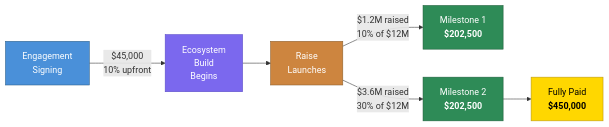
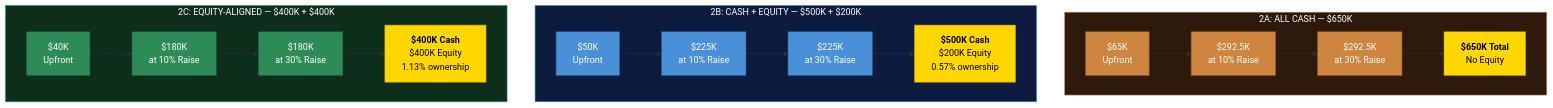
Before and after one commit to Light-Brands/brand-factory: the third of 11 diagrams in brands/cho-ventures-ai/spec/CHO-VENTURES-FINAL-PRICING-STRATEGY.md, drawn with Mermaid. The commit also changed other lines of this file and 1 other file, not shown here.

First line of the commit message:
Restructure Option 2 into three payment tiers with Mermaid comparison

````diff
--- a/brands/cho-ventures-ai/spec/CHO-VENTURES-FINAL-PRICING-STRATEGY.md
+++ b/brands/cho-ventures-ai/spec/CHO-VENTURES-FINAL-PRICING-STRATEGY.md
@@ -318,15 +345,36 @@
 ```mermaid
-flowchart LR
-    SIGN["Engagement<br/>Signing"] -->|"$45,000<br/>10% upfront"| BUILD["Ecosystem<br/>Build<br/>Begins"]
-    BUILD --> RAISE["Raise<br/>Launches"]
-    RAISE -->|"$1.2M raised<br/>10% of $12M"| M1["Milestone 1<br/><b>$202,500</b>"]
-    RAISE -->|"$3.6M raised<br/>30% of $12M"| M2["Milestone 2<br/><b>$202,500</b>"]
-    M2 --> FULL["Fully Paid<br/><b>$450,000</b>"]
+flowchart TD
+    subgraph A["2A: ALL CASH — $650K"]
+        A1["$65K<br/>Upfront"] --> A2["$292.5K<br/>at 10% Raise"]
+        A2 --> A3["$292.5K<br/>at 30% Raise"]
+        A3 --> A4["<b>$650K Total</b><br/>No Equity"]
+    end
 
-    style SIGN fill:#4A90D9,stroke:#2C5F8A,color:#fff
-    style BUILD fill:#7B68EE,stroke:#5A4BC7,color:#fff
-    style RAISE fill:#CD853F,stroke:#8B5E2B,color:#fff
-    style M1 fill:#2E8B57,stroke:#1D5E3A,color:#fff
-    style M2 fill:#2E8B57,stroke:#1D5E3A,color:#fff
-    style FULL fill:#FFD700,stroke:#B8960F,color:#000
+    subgraph B["2B: CASH + EQUITY — $500K + $200K"]
+        B1["$50K<br/>Upfront"] --> B2["$225K<br/>at 10% Raise"]
+        B2 --> B3["$225K<br/>at 30% Raise"]
+        B3 --> B4["<b>$500K Cash</b><br/>$200K Equity<br/>0.57% ownership"]
+    end
+
+    subgraph C["2C: EQUITY-ALIGNED — $400K + $400K"]
+        C1["$40K<br/>Upfront"] --> C2["$180K<br/>at 10% Raise"]
+        C2 --> C3["$180K<br/>at 30% Raise"]
+        C3 --> C4["<b>$400K Cash</b><br/>$400K Equity<br/>1.13% ownership"]
+    end
+
+    style A1 fill:#CD853F,stroke:#8B5E2B,color:#fff
+    style A2 fill:#CD853F,stroke:#8B5E2B,color:#fff
+    style A3 fill:#CD853F,stroke:#8B5E2B,color:#fff
+    style A4 fill:#FFD700,stroke:#B8960F,color:#000
+    style B1 fill:#4A90D9,stroke:#2C5F8A,color:#fff
+    style B2 fill:#4A90D9,stroke:#2C5F8A,color:#fff
+    style B3 fill:#4A90D9,stroke:#2C5F8A,color:#fff
+    style B4 fill:#FFD700,stroke:#B8960F,color:#000
+    style C1 fill:#2E8B57,stroke:#1D5E3A,color:#fff
+    style C2 fill:#2E8B57,stroke:#1D5E3A,color:#fff
+    style C3 fill:#2E8B57,stroke:#1D5E3A,color:#fff
+    style C4 fill:#FFD700,stroke:#B8960F,color:#000
+    style A fill:#2e1a0d,stroke:#CD853F,color:#fff
+    style B fill:#0d1b3e,stroke:#4A90D9,color:#fff
+    style C fill:#0d2e1a,stroke:#2E8B57,color:#fff
 ```
````
